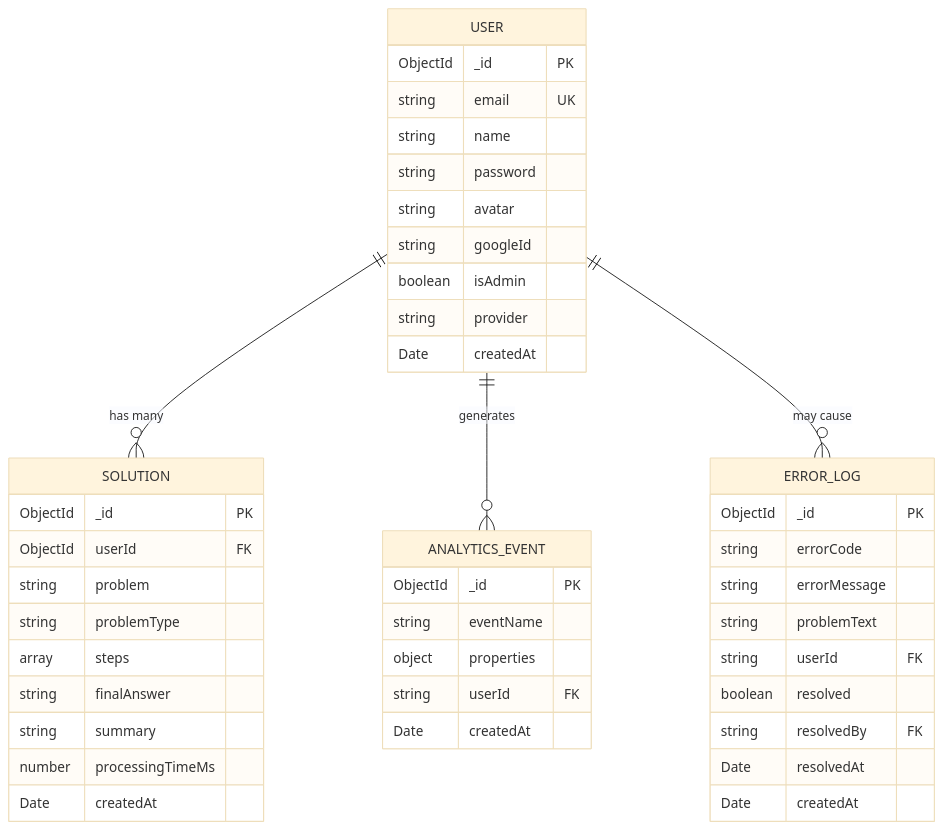
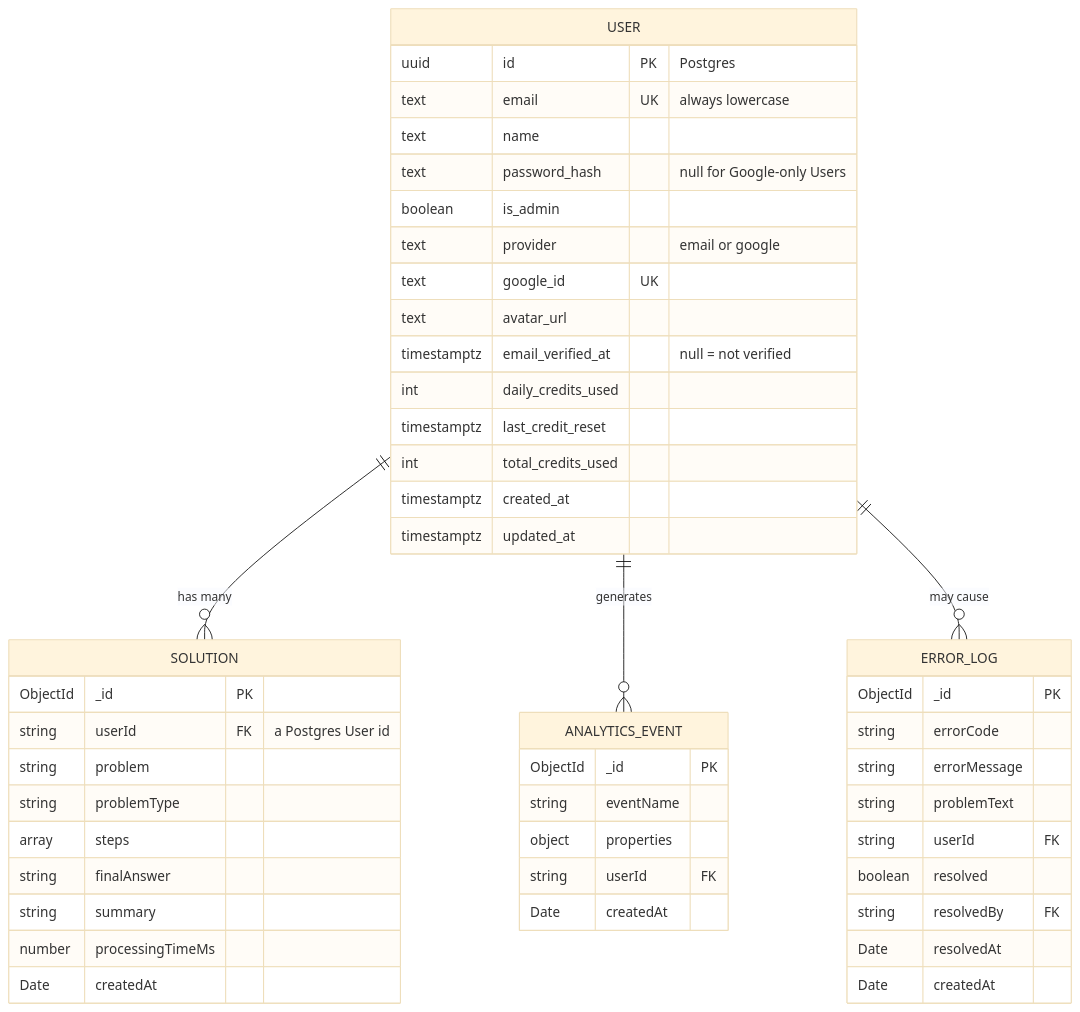
Before and after one commit to AbhishekBalija/MathGPT: the sixth of 8 diagrams in docs/architecture.md, drawn with Mermaid (base theme). The commit also changed other lines of this file and 41 other files, not shown here.

````diff
--- a/docs/architecture.md
+++ b/docs/architecture.md
@@ -304,50 +308,55 @@
 ```mermaid
 erDiagram
     USER {
-        ObjectId _id PK
-        string email UK
-        string name
-        string password
-        string avatar
-        string googleId
-        boolean isAdmin
-        string provider
-        Date createdAt
+        uuid id PK "Postgres"
+        text email UK "always lowercase"
+        text name
+        text password_hash "null for Google-only Users"
+        boolean is_admin
+        text provider "email or google"
+        text google_id UK
+        text avatar_url
+        timestamptz email_verified_at "null = not verified"
+        int daily_credits_used
+        timestamptz last_credit_reset
+        int total_credits_used
+        timestamptz created_at
+        timestamptz updated_at
     }
 
     SOLUTION {
         ObjectId _id PK
-        ObjectId userId FK
+        string userId FK "a Postgres User id"
         string problem
         string problemType
         array steps
         string finalAnswer
         string summary
         number processingTimeMs
         Date createdAt
     }
 
     ANALYTICS_EVENT {
         ObjectId _id PK
         string eventName
         object properties
         string userId FK
         Date createdAt
     }
 
     ERROR_LOG {
         ObjectId _id PK
         string errorCode
         string errorMessage
         string problemText
         string userId FK
         boolean resolved
         string resolvedBy FK
         Date resolvedAt
         Date createdAt
     }
 
     USER ||--o{ SOLUTION : "has many"
     USER ||--o{ ANALYTICS_EVENT : "generates"
     USER ||--o{ ERROR_LOG : "may cause"
 ```
````
